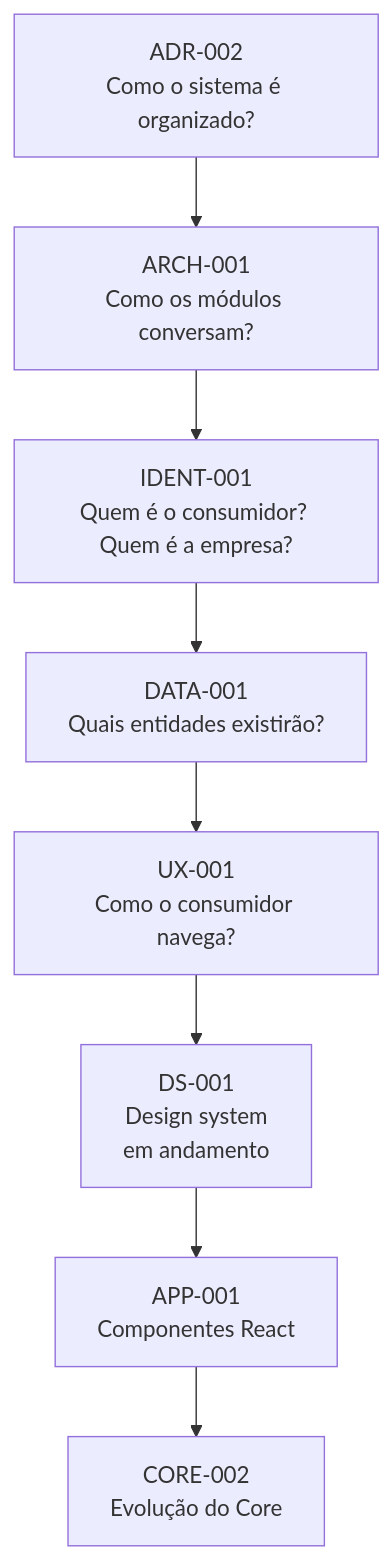
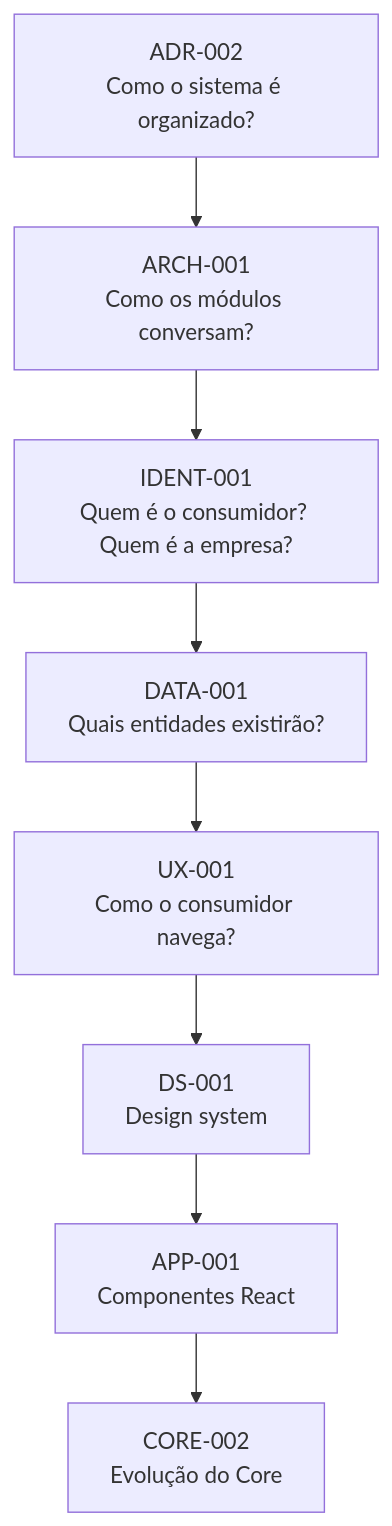
The diagram in PROJECT-ROADMAP.md (BrightEcosystem/Bright-Platform), drawn with Mermaid before and after one commit. The commit also changed other lines of this file and 4 other files, not shown here.

First line of the commit message:
docs: congela design system do Aplicativo do Consumidor (DS-001)

````diff
--- a/PROJECT-ROADMAP.md
+++ b/PROJECT-ROADMAP.md
@@ -31,10 +31,10 @@
 ```mermaid
 graph TD
     ADR002[ADR-002<br/>Como o sistema é organizado?] --> ARCH001[ARCH-001<br/>Como os módulos conversam?]
     ARCH001 --> IDENT001[IDENT-001<br/>Quem é o consumidor? Quem é a empresa?]
     IDENT001 --> DATA001[DATA-001<br/>Quais entidades existirão?]
     DATA001 --> UX001[UX-001<br/>Como o consumidor navega?]
-    UX001 --> DS001[DS-001<br/>Design system<br/>em andamento]
+    UX001 --> DS001[DS-001<br/>Design system]
     DS001 --> APP001[APP-001<br/>Componentes React]
     APP001 --> CORE002[CORE-002<br/>Evolução do Core]
 ```
````
